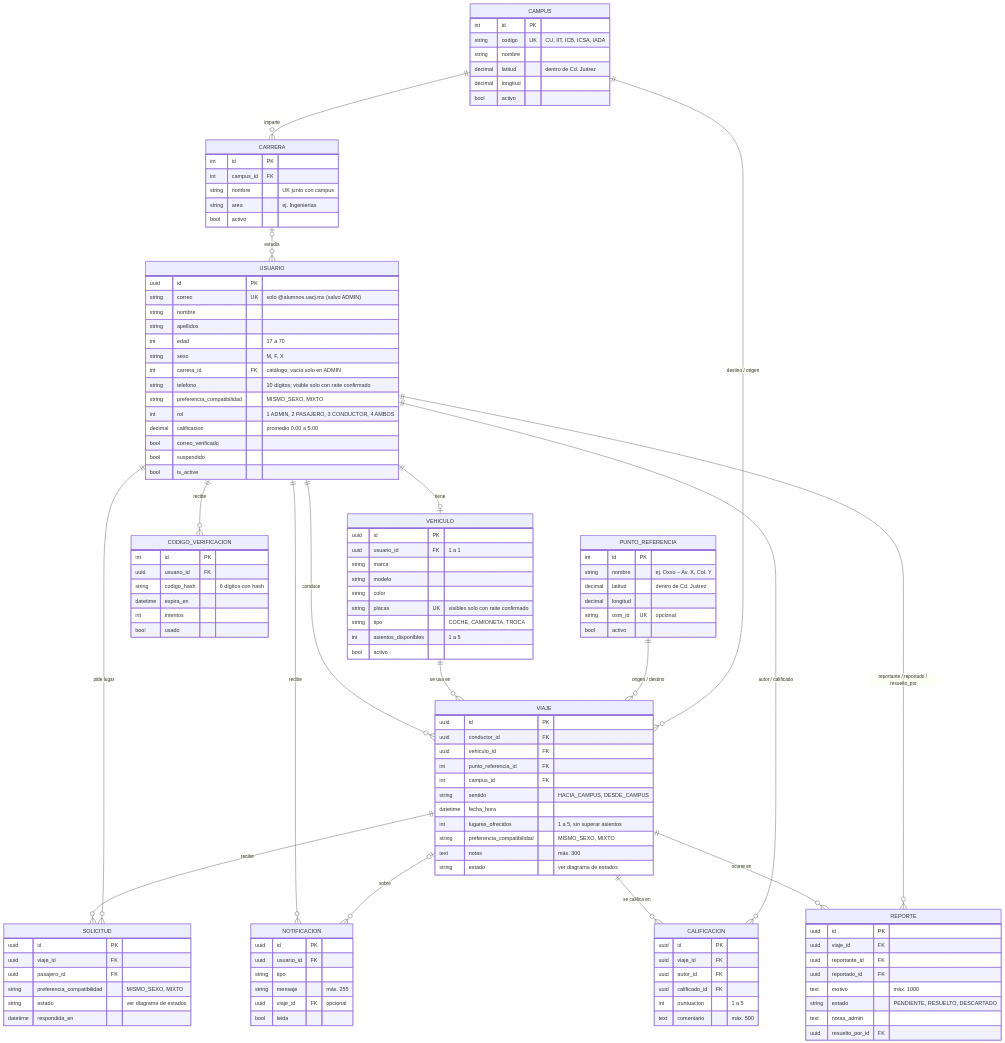
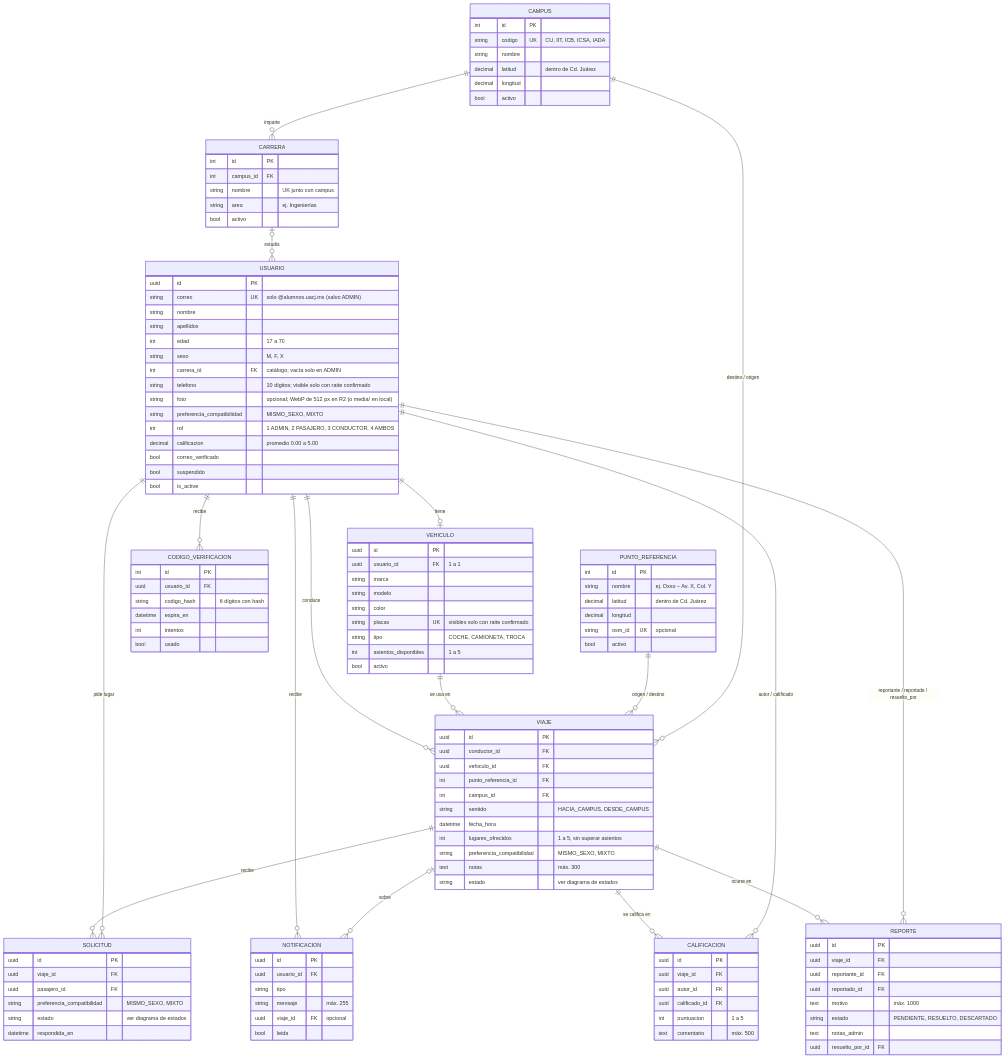
Before and after one commit to GabrielFlorentinoReyes223154/Organizacion-AEPTI-E2-RAITE: the first of 3 diagrams in RaiteDocs/Modelo-ER.md, drawn with Mermaid. The commit also changed other lines of this file and 3 other files, not shown here.

```diff
--- a/RaiteDocs/Modelo-ER.md
+++ b/RaiteDocs/Modelo-ER.md
@@ -35,6 +35,7 @@
         string sexo "M, F, X"
         int carrera_id FK "catálogo; vacía solo en ADMIN"
         string telefono "10 dígitos; visible solo con raite confirmado"
+        string foto "opcional; WebP de 512 px en R2 (o media/ en local)"
         string preferencia_compatibilidad "MISMO_SEXO, MIXTO"
         int rol "1 ADMIN, 2 PASAJERO, 3 CONDUCTOR, 4 AMBOS"
         decimal calificacion "promedio 0.00 a 5.00"
```
